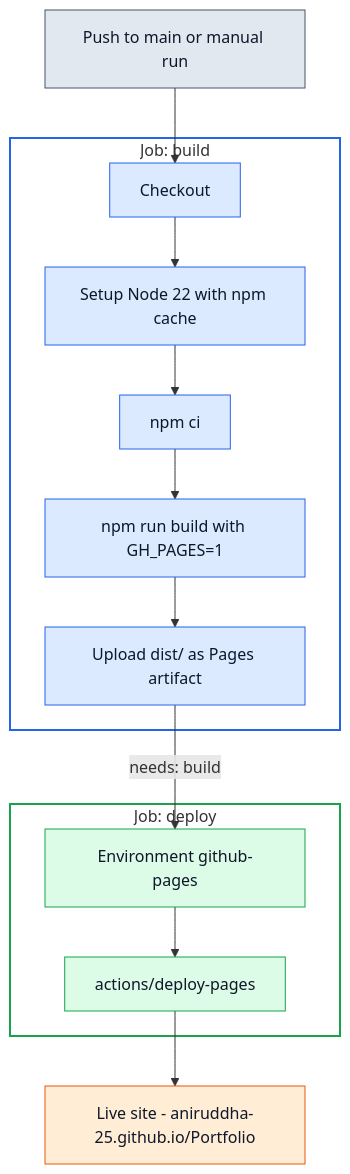
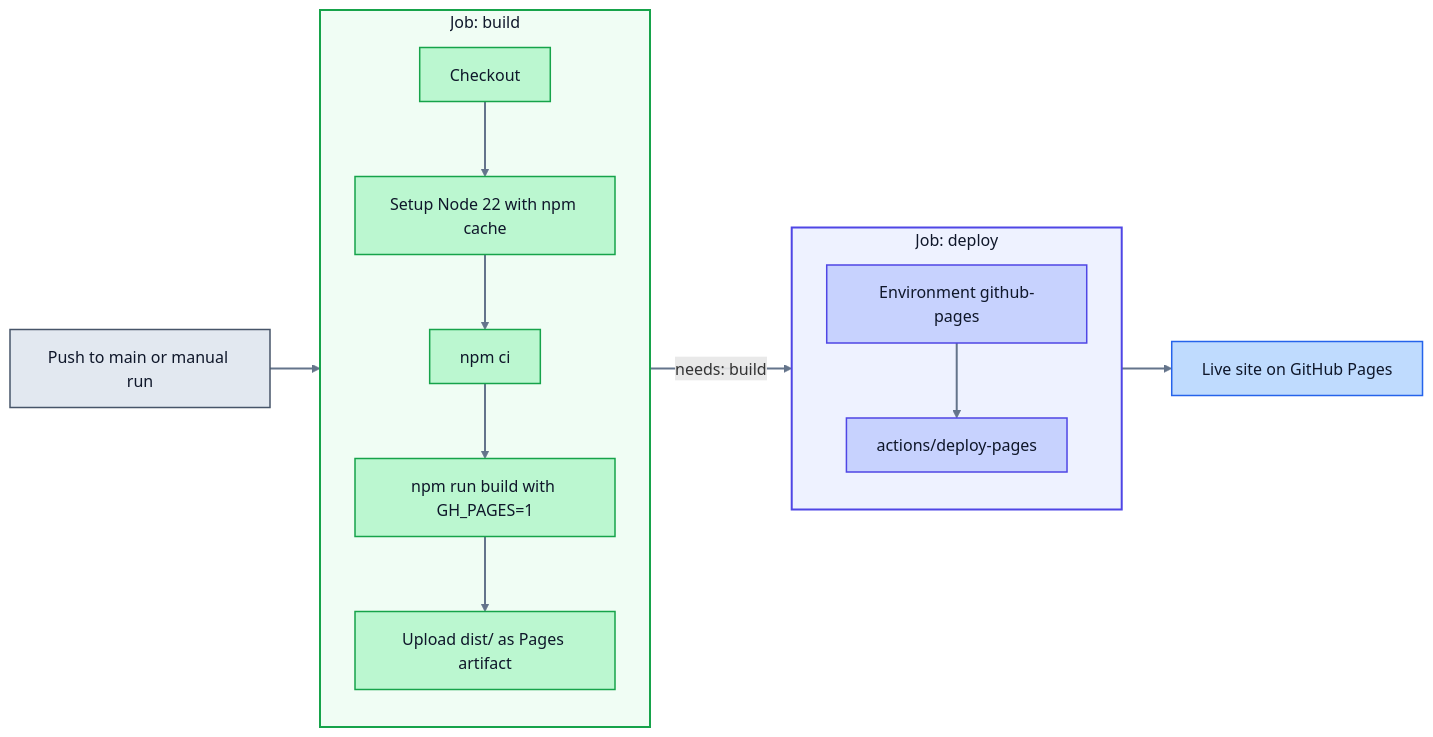
The third of 3 diagrams in README.md (Aniruddha-25/Portfolio), drawn with Mermaid before and after one commit. The commit also changed other lines of this file, not shown here.

````diff
--- a/README.md
+++ b/README.md
@@ -231,34 +233,38 @@
 ```mermaid
-flowchart TB
+flowchart LR
     TRIGGER["Push to main or manual run"]
 
     subgraph BUILDJOB["Job: build"]
+        direction TB
         CHECKOUT["Checkout"] --> NODE["Setup Node 22 with npm cache"]
         NODE --> CI["npm ci"]
         CI --> BUILD["npm run build with GH_PAGES=1"]
         BUILD --> ARTIFACT["Upload dist/ as Pages artifact"]
     end
 
     subgraph DEPLOYJOB["Job: deploy"]
+        direction TB
         ENV["Environment github-pages"] --> DEPLOY["actions/deploy-pages"]
     end
 
-    LIVE["Live site - aniruddha-25.github.io/Portfolio"]
+    LIVE["Live site on GitHub Pages"]
 
-    TRIGGER --> CHECKOUT
-    ARTIFACT -->|"needs: build"| ENV
-    DEPLOY --> LIVE
+    TRIGGER --> BUILDJOB
+    BUILDJOB -->|"needs: build"| DEPLOYJOB
+    DEPLOYJOB --> LIVE
 
-    classDef trigger fill:#e2e8f0,stroke:#475569,color:#0f172a
-    classDef build fill:#dbeafe,stroke:#2563eb,color:#0f172a
-    classDef deploy fill:#dcfce7,stroke:#16a34a,color:#0f172a
-    classDef live fill:#ffedd5,stroke:#ea580c,color:#0f172a
+    classDef trigger fill:#e2e8f0,stroke:#475569,stroke-width:1.5px,color:#0f172a
+    classDef build fill:#bbf7d0,stroke:#16a34a,stroke-width:1.5px,color:#0f172a
+    classDef deploy fill:#c7d2fe,stroke:#4f46e5,stroke-width:1.5px,color:#0f172a
+    classDef live fill:#bfdbfe,stroke:#2563eb,stroke-width:1.5px,color:#0f172a
 
     class TRIGGER trigger
     class CHECKOUT,NODE,CI,BUILD,ARTIFACT build
     class ENV,DEPLOY deploy
     class LIVE live
 
-    style BUILDJOB fill:transparent,stroke:#2563eb,stroke-width:2px
-    style DEPLOYJOB fill:transparent,stroke:#16a34a,stroke-width:2px
+    style BUILDJOB fill:#f0fdf4,stroke:#16a34a,stroke-width:2px,color:#0f172a
+    style DEPLOYJOB fill:#eef2ff,stroke:#4f46e5,stroke-width:2px,color:#0f172a
+
+    linkStyle default stroke:#64748b,stroke-width:2px
 ```
````
